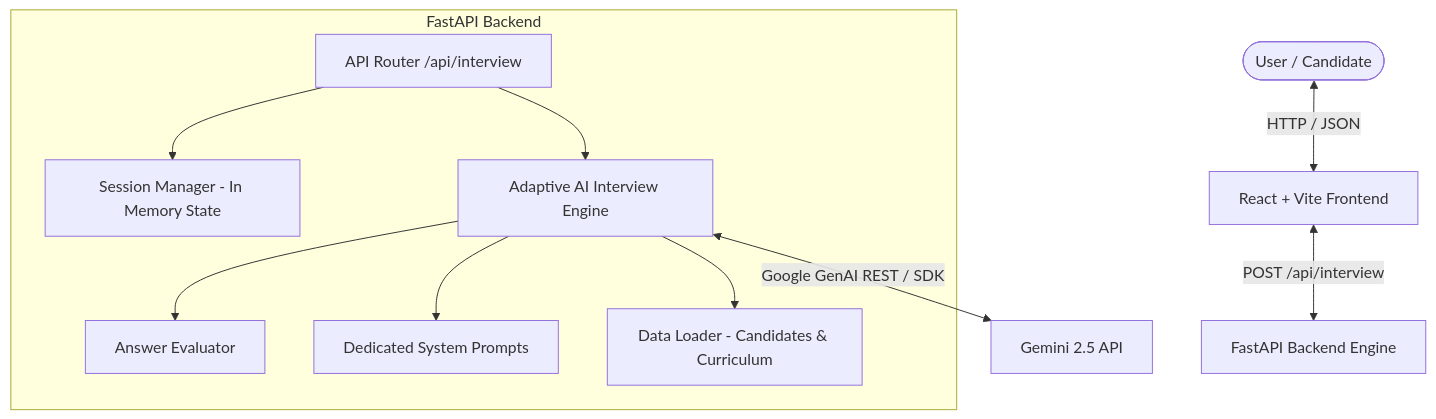
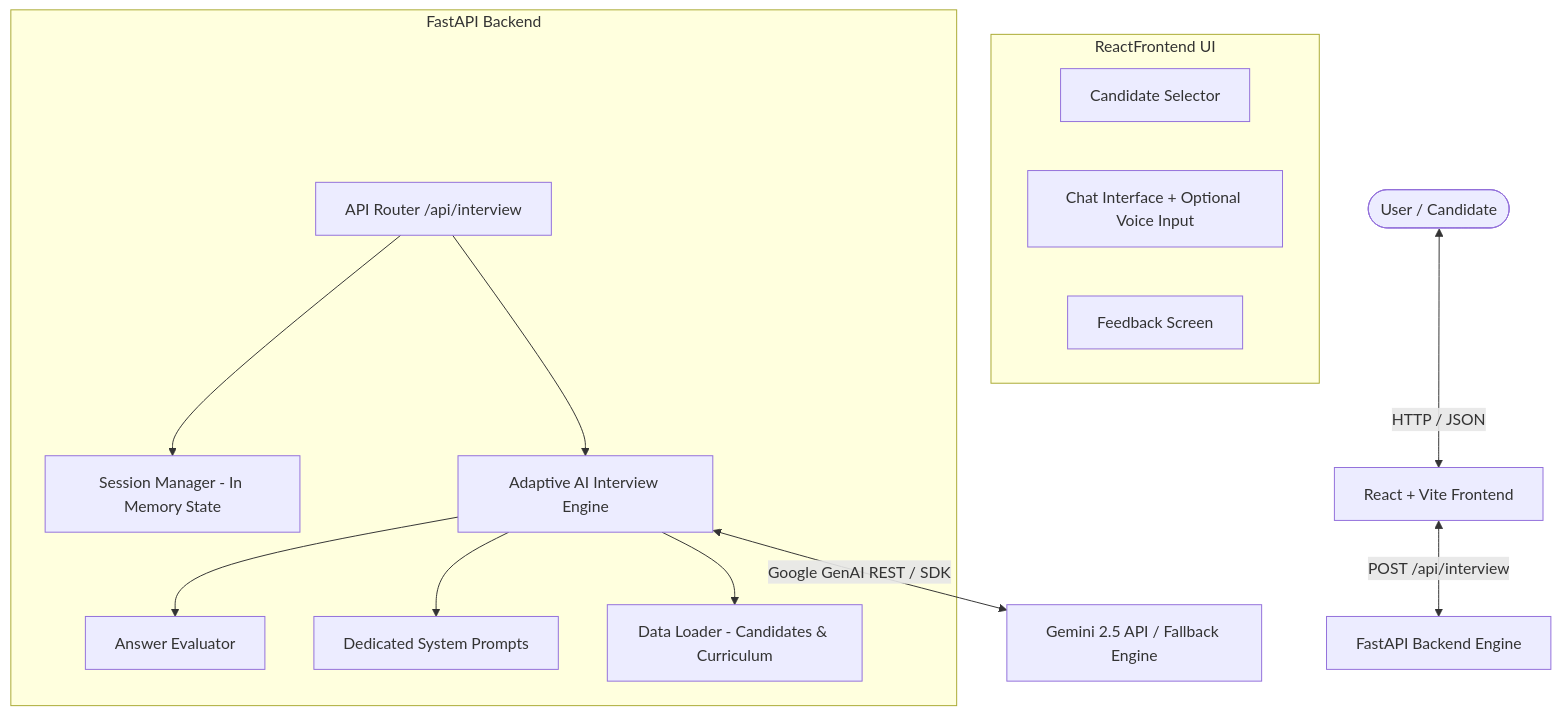
The diagram in README.md (Arh1209/ViCodothon_HackSphere), drawn with Mermaid before and after one commit. The commit also changed other lines of this file and 25 other files, not shown here.

Commit message:
feat: complete AI Technical Interviewer platform with FastAPI backend, React frontend, adaptive Gemini engine, optional voice input, and pytest suite

````diff
--- a/README.md
+++ b/README.md
@@ -18,21 +18,28 @@
 ```mermaid
 flowchart TD
     User([User / Candidate]) <-->|HTTP / JSON| ReactFrontend[React + Vite Frontend]
+    
+    subgraph ReactFrontend UI
+        Selector[Candidate Selector]
+        Chat[Chat Interface + Optional Voice Input]
+        FeedbackView[Feedback Screen]
+    end
+
     ReactFrontend <-->|POST /api/interview| FastAPIBackend[FastAPI Backend Engine]
     
     subgraph FastAPI Backend
         Router[API Router /api/interview]
         SessionMgr[Session Manager - In Memory State]
         DataLoader[Data Loader - Candidates & Curriculum]
         AIEngine[Adaptive AI Interview Engine]
         Evaluator[Answer Evaluator]
         Prompts[Dedicated System Prompts]
     end
     
     Router --> SessionMgr
     Router --> AIEngine
     AIEngine --> Evaluator
     AIEngine --> Prompts
     AIEngine --> DataLoader
-    AIEngine <-->|Google GenAI REST / SDK| GeminiAPI[Gemini 2.5 API]
+    AIEngine <-->|Google GenAI REST / SDK| GeminiAPI[Gemini 2.5 API / Fallback Engine]
 ```
````
